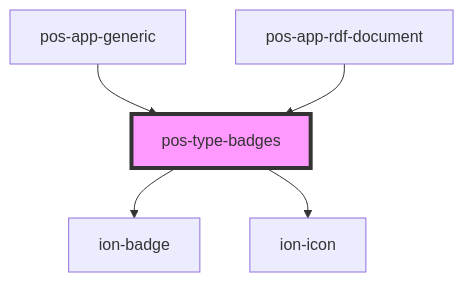
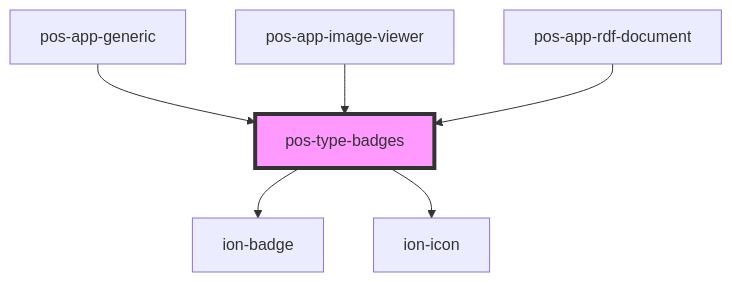
The diagram in docs/elements/components/pos-type-badges/readme.md (pod-os/PodOS), drawn with Mermaid before and after one commit. The commit also changed other lines of this file and 7 other files, not shown here.

````diff
--- a/docs/elements/components/pos-type-badges/readme.md
+++ b/docs/elements/components/pos-type-badges/readme.md
@@ -28,8 +29,9 @@
 ```mermaid
 graph TD;
   pos-type-badges --> ion-badge
   pos-type-badges --> ion-icon
   pos-app-generic --> pos-type-badges
+  pos-app-image-viewer --> pos-type-badges
   pos-app-rdf-document --> pos-type-badges
   style pos-type-badges fill:#f9f,stroke:#333,stroke-width:4px
 ```
````
